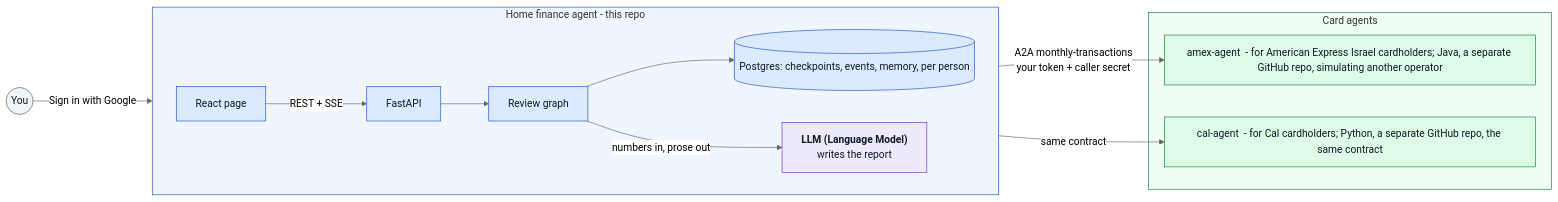
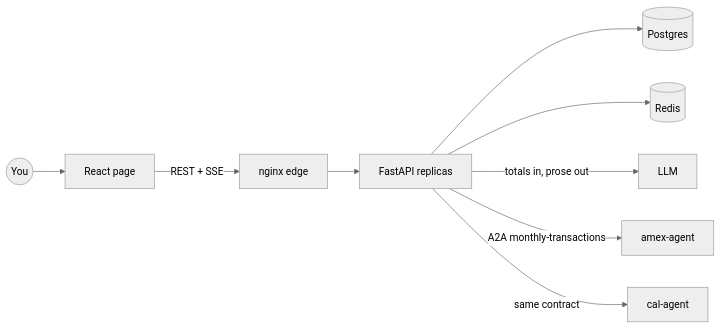
The diagram in README.md (erancha/home-finance-agent), drawn with Mermaid (neutral theme) before and after one commit. The commit also changed other lines of this file and 73 other files, not shown here.

````diff
--- a/README.md
+++ b/README.md
@@ -26,29 +64,11 @@
 ```mermaid
-%%{init: {"flowchart": {"wrappingWidth": 520}}}%%
 flowchart LR
-  U((You)) -->|Sign in with Google| P
-  subgraph HFA[Home finance agent  - this repo]
-    direction LR
-    P[React page] -->|REST + SSE| M[FastAPI]
-    M --> G[Review graph]
-    G --> DB[(Postgres: checkpoints, events, memory, per person)]
-    G -->|numbers in, prose out| L["<b>LLM (Language Model)</b><br/>writes the report"]
-  end
-  subgraph CARDS[Card agents]
-    A["amex-agent  - for American Express Israel cardholders; Java, a separate GitHub repo, simulating another operator"]
-    B["cal-agent  - for Cal cardholders; Python, a separate GitHub repo, the same contract"]
-  end
-  G -->|A2A monthly-transactions<br/>your token + caller secret| A
-  G -->|same contract| B
-  classDef user fill:#f3f4f6,stroke:#4b5563,color:#111827
-  classDef hfa fill:#dbeafe,stroke:#1d4ed8,color:#111827
-  classDef amx fill:#dcfce7,stroke:#15803d,color:#111827
-  classDef llm fill:#ede9fe,stroke:#6d28d9,color:#111827
-  class U user
-  class P,M,G,DB hfa
-  class L llm
-  class A amx
-  class B amx
-  style HFA fill:#eff6ff,stroke:#1d4ed8
-  style CARDS fill:#f0fdf4,stroke:#15803d
+  U((You)) --> P[React page]
+  P -->|REST + SSE| E[nginx edge]
+  E --> M[FastAPI replicas]
+  M --> DB[(Postgres)]
+  M --> R[(Redis)]
+  M -->|totals in, prose out| L[LLM]
+  M -->|A2A monthly-transactions| A[amex-agent]
+  M -->|same contract| B[cal-agent]
 ```
````
